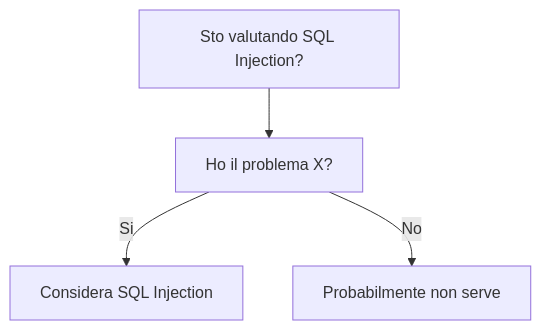
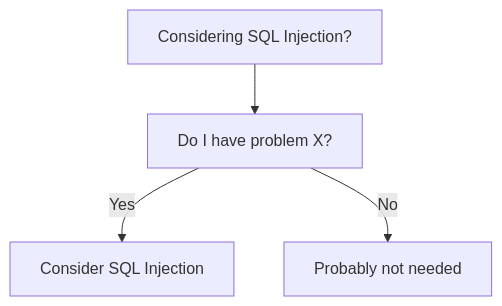
Before and after one commit to HxT9/Software-Dev-Wiki: the diagram in dev-wiki/08_Security/SQL_Injection/When_To_Use.md, drawn with Mermaid. The commit also changed other lines of this file and 3444 other files, not shown here.

````diff
--- a/dev-wiki/08_Security/SQL_Injection/When_To_Use.md
+++ b/dev-wiki/08_Security/SQL_Injection/When_To_Use.md
@@ -19,6 +19,6 @@
 ```mermaid
 flowchart TD
-  Q[Sto valutando SQL Injection?] --> Q1[Ho il problema X?]
-  Q1 -->|Si| OK[Considera SQL Injection]
-  Q1 -->|No| NO[Probabilmente non serve]
+  Q[Considering SQL Injection?] --> Q1[Do I have problem X?]
+  Q1 -->|Yes| OK[Consider SQL Injection]
+  Q1 -->|No| NO[Probably not needed]
 ```
````
